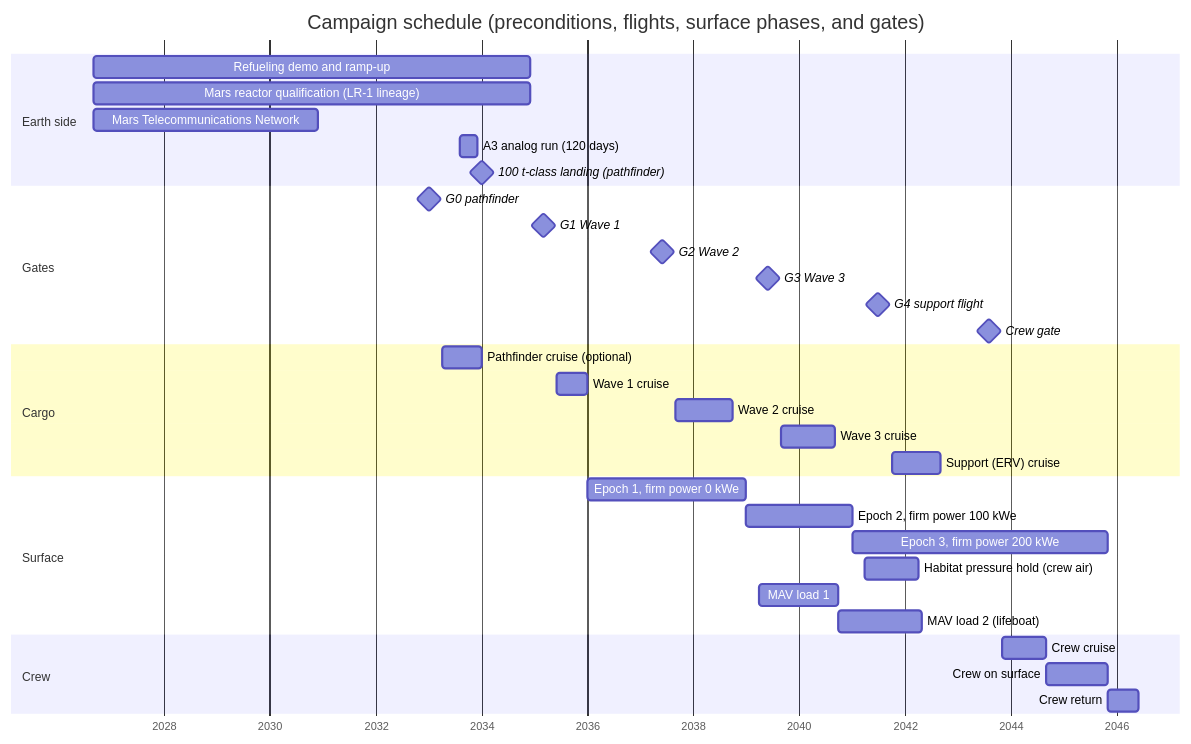
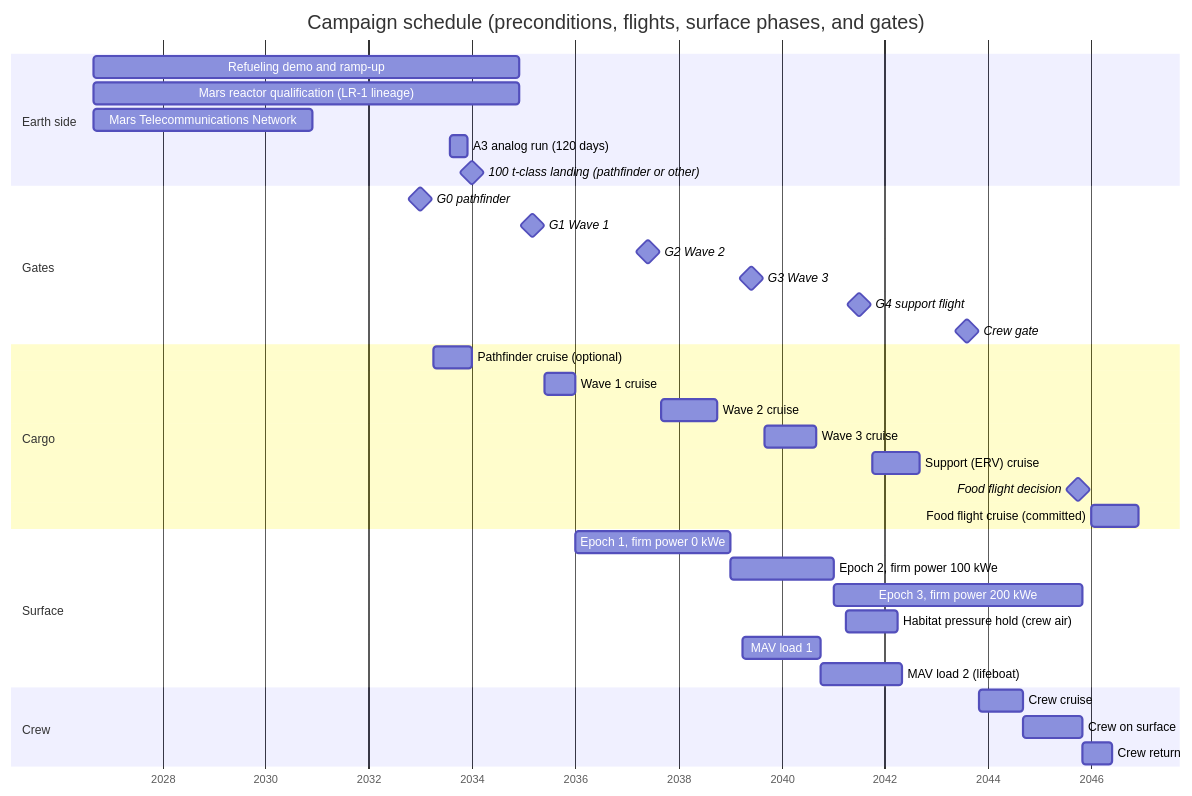
Before and after one commit to sagol/Fully-Autonomous-Initial-Mars-Colony: the diagram in 13. Timeline and gates.md, drawn with Mermaid. The commit also changed other lines of this file and 14 other files, not shown here.

````diff
--- a/13. Timeline and gates.md
+++ b/13. Timeline and gates.md
@@ -69,36 +69,38 @@
 ```mermaid
 gantt
     title Campaign schedule (preconditions, flights, surface phases, and gates)
     dateFormat YYYY-MM
     axisFormat %Y
     section Earth side
     Refueling demo and ramp-up        :2026-09, 2034-12
     Mars reactor qualification (LR-1 lineage) :2026-09, 2034-12
     Mars Telecommunications Network   :2026-09, 2030-12
     A3 analog run (120 days)          :2033-08, 2033-12
-    100 t-class landing (pathfinder)  :milestone, 2034-01, 0d
+    100 t-class landing (pathfinder or other) :milestone, 2034-01, 0d
     section Gates
     G0 pathfinder                     :milestone, 2033-01, 0d
     G1 Wave 1                         :milestone, 2035-03, 0d
     G2 Wave 2                         :milestone, 2037-06, 0d
     G3 Wave 3                         :milestone, 2039-06, 0d
     G4 support flight                 :milestone, 2041-07, 0d
     Crew gate                         :milestone, 2043-08, 0d
     section Cargo
     Pathfinder cruise (optional)      :2033-04, 2034-01
     Wave 1 cruise                     :2035-06, 2036-01
     Wave 2 cruise                     :2037-09, 2038-10
     Wave 3 cruise                     :2039-09, 2040-09
     Support (ERV) cruise              :2041-10, 2042-09
+    Food flight decision              :milestone, 2045-10, 0d
+    Food flight cruise (committed)    :2046-01, 2046-12
     section Surface
     Epoch 1, firm power 0 kWe         :2036-01, 2039-01
     Epoch 2, firm power 100 kWe       :2039-01, 2041-01
     Epoch 3, firm power 200 kWe       :2041-01, 2045-11
     Habitat pressure hold (crew air)  :2041-04, 2042-04
     MAV load 1                        :2039-04, 2040-10
     MAV load 2 (lifeboat)             :2040-10, 2042-05
     section Crew
     Crew cruise                       :2043-11, 2044-09
     Crew on surface                   :2044-09, 2045-11
     Crew return                       :2045-11, 2046-06
 ```
````
